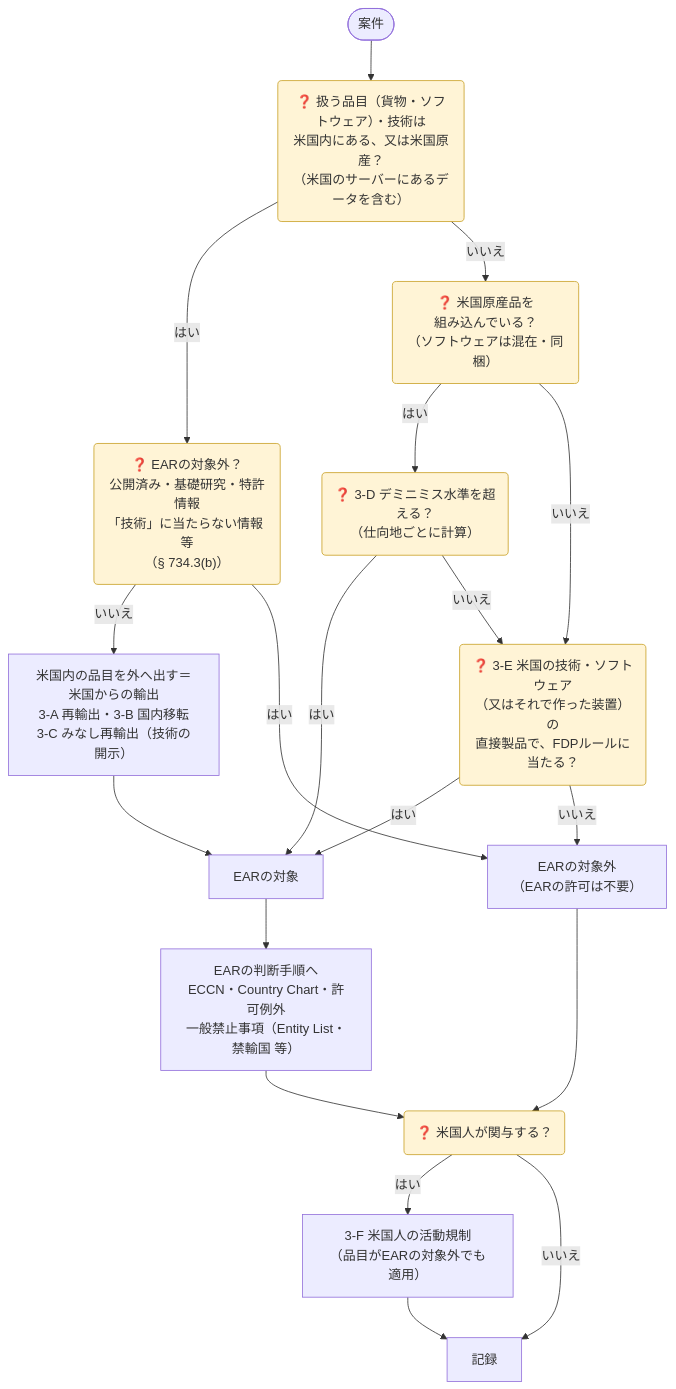
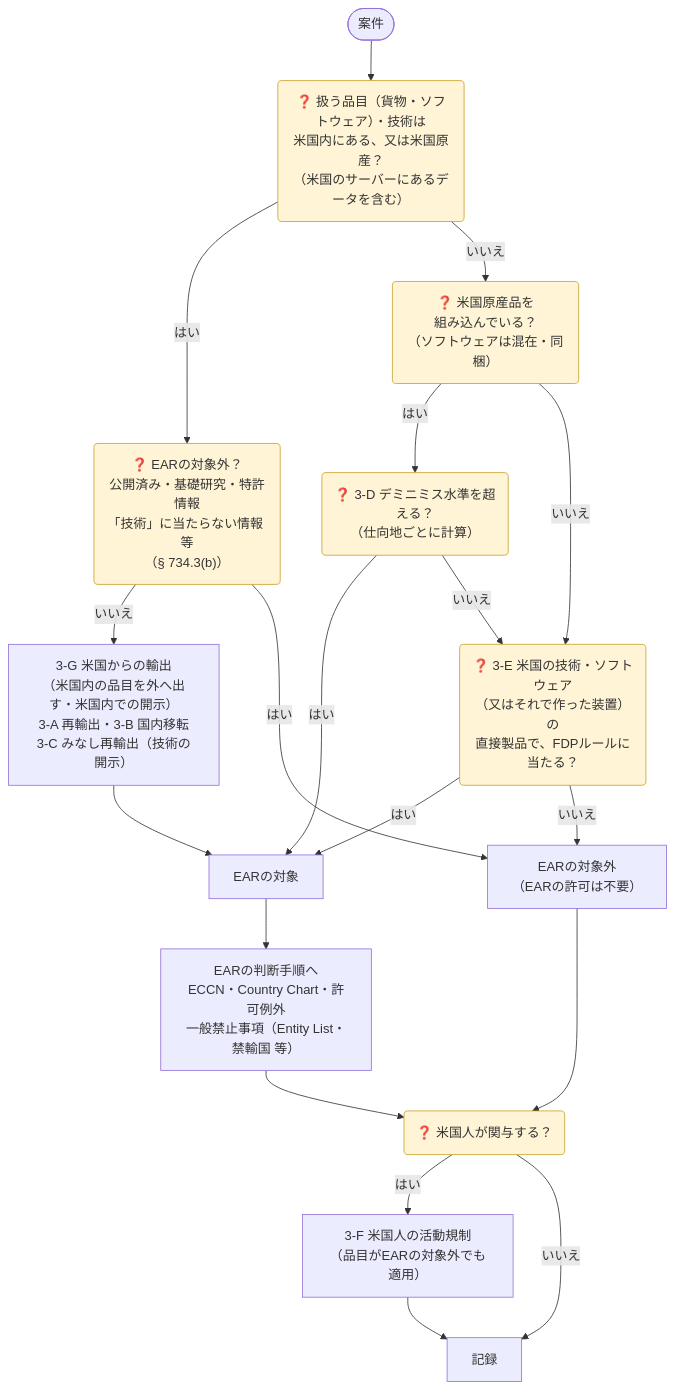
One commit to bamboo-go/export-control-hub changed the third of 3 diagrams in content/ja/docs/01-overview/export-patterns/index.md. Above: the diagram before and after it, drawn with Mermaid. The commit also changed other lines of this file, not shown here.

````diff
--- a/content/ja/docs/01-overview/export-patterns/index.md
+++ b/content/ja/docs/01-overview/export-patterns/index.md
@@ -135,23 +136,23 @@
 ```mermaid
 flowchart TD
   S(["案件"]) --> O("❓ 扱う品目（貨物・ソフトウェア）・技術は<br/>米国内にある、又は米国原産？<br/>（米国のサーバーにあるデータを含む）")
   O -- はい --> X0("❓ EARの対象外？<br/>公開済み・基礎研究・特許情報<br/>「技術」に当たらない情報 等<br/>（§ 734.3(b)）")
-  X0 -- いいえ --> O1["米国内の品目を外へ出す＝米国からの輸出<br/>3-A 再輸出・3-B 国内移転<br/>3-C みなし再輸出（技術の開示）"]
+  X0 -- いいえ --> O1["3-G 米国からの輸出<br/>（米国内の品目を外へ出す・米国内での開示）<br/>3-A 再輸出・3-B 国内移転<br/>3-C みなし再輸出（技術の開示）"]
   X0 -- はい --> NS
   O -- いいえ --> D("❓ 米国原産品を<br/>組み込んでいる？<br/>（ソフトウェアは混在・同梱）")
   D -- はい --> D1("❓ 3-D デミニミス水準を超える？<br/>（仕向地ごとに計算）")
   D -- いいえ --> F
   D1 -- はい --> SUB
   D1 -- いいえ --> F("❓ 3-E 米国の技術・ソフトウェア<br/>（又はそれで作った装置）の<br/>直接製品で、FDPルールに当たる？")
   F -- はい --> SUB["EARの対象"]
   F -- いいえ --> NS["EARの対象外<br/>（EARの許可は不要）"]
   O1 --> SUB
   SUB --> J["EARの判断手順へ<br/>ECCN・Country Chart・許可例外<br/>一般禁止事項（Entity List・禁輸国 等）"]
   J --> M("❓ 米国人が関与する？")
   NS --> M
   M -- はい --> F3["3-F 米国人の活動規制<br/>（品目がEARの対象外でも適用）"]
   M -- いいえ --> R["記録"]
   F3 --> R
   classDef q fill:#fff4d6,stroke:#c9a227,color:#333;
   class O,X0,D,D1,F,M q;
 ```
````
